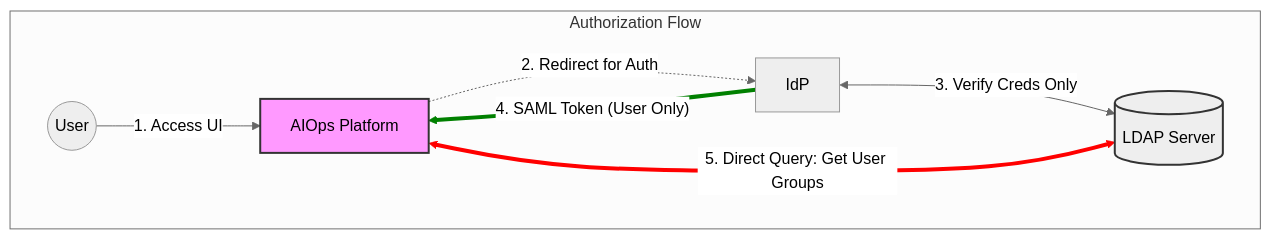
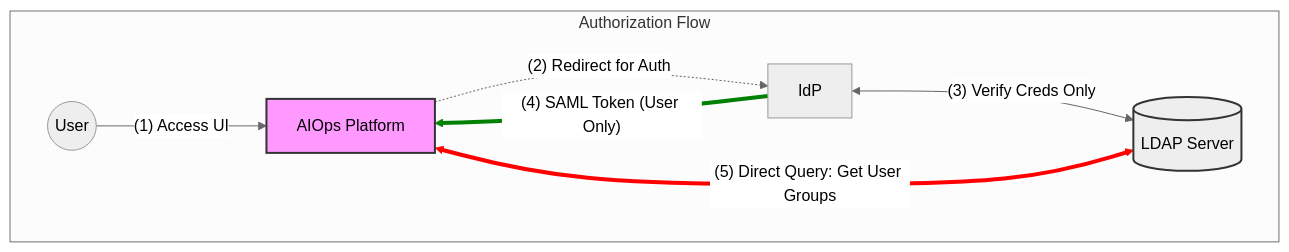
One commit to ibm-client-engineering/solution-aiops-handbook changed the second of 2 diagrams in src/solution_overview/configuration.qmd. Above: the diagram before and after it, drawn with Mermaid (neutral theme). The commit also changed other lines of this file, not shown here.

````diff
--- a/src/solution_overview/configuration.qmd
+++ b/src/solution_overview/configuration.qmd
@@ -53,21 +53,21 @@
 ```{mermaid}
 flowchart TD
     User((User))
     AIOps["AIOps Platform"]
     IdP["IdP"]
     LDAP[("LDAP Server")]
 
     subgraph "Authorization Flow"
-    User -->|"1. Access UI"| AIOps
-    AIOps -.->|"2. Redirect for Auth"| IdP
-    IdP <-->|"3. Verify Creds Only"| LDAP
-    IdP == "4. SAML Token (User Only)" ==> AIOps
-    AIOps <-->|"5. Direct Query: Get User Groups"| LDAP
+    User -->|"(1) Access UI"| AIOps
+    AIOps -.->|"(2) Redirect for Auth"| IdP
+    IdP <-->|"(3) Verify Creds Only"| LDAP
+    IdP == "(4) SAML Token (User Only)" ==> AIOps
+    AIOps <-->|"(5) Direct Query: Get User Groups"| LDAP
     end
 
     style AIOps fill:#f9f,stroke:#333,stroke-width:2px
     style LDAP fill:#eee,stroke:#333,stroke-width:2px
     
     linkStyle 3 stroke-width:4px,fill:none,stroke:green;
     linkStyle 4 stroke-width:4px,fill:none,stroke:red;
 ```
````
